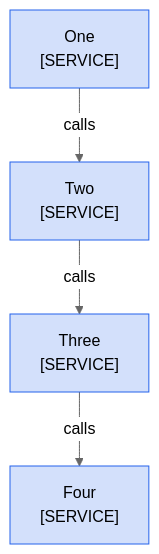
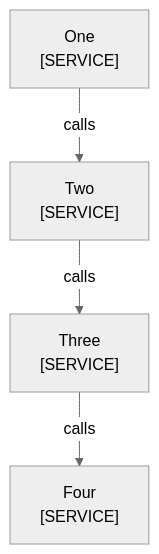
Before and after one commit to choonchernlim/skills: the diagram in skills/docsmith/scripts/fixtures/bad/mmd-directive.md, drawn with Mermaid. The commit also changed other lines of this file and 43 other files, not shown here.

Commit message:
feat: update Mermaid syntax to use 'graph TD' and enhance boundary title formatting

````diff
--- a/skills/docsmith/scripts/fixtures/bad/mmd-directive.md
+++ b/skills/docsmith/scripts/fixtures/bad/mmd-directive.md
@@ -12,13 +12,11 @@
 ```mermaid
 %%{init: {'theme': 'neutral'}}%%
 graph TD
   One["One<br/>[SERVICE]"]
   Two["Two<br/>[SERVICE]"]
   Three["Three<br/>[SERVICE]"]
   Four["Four<br/>[SERVICE]"]
   One -->|"calls"| Two
   Two -->|"calls"| Three
   Three -->|"calls"| Four
-  class One,Two,Three,Four own
-  classDef own fill:#2563eb33,stroke:#2563eb
 ```
````
